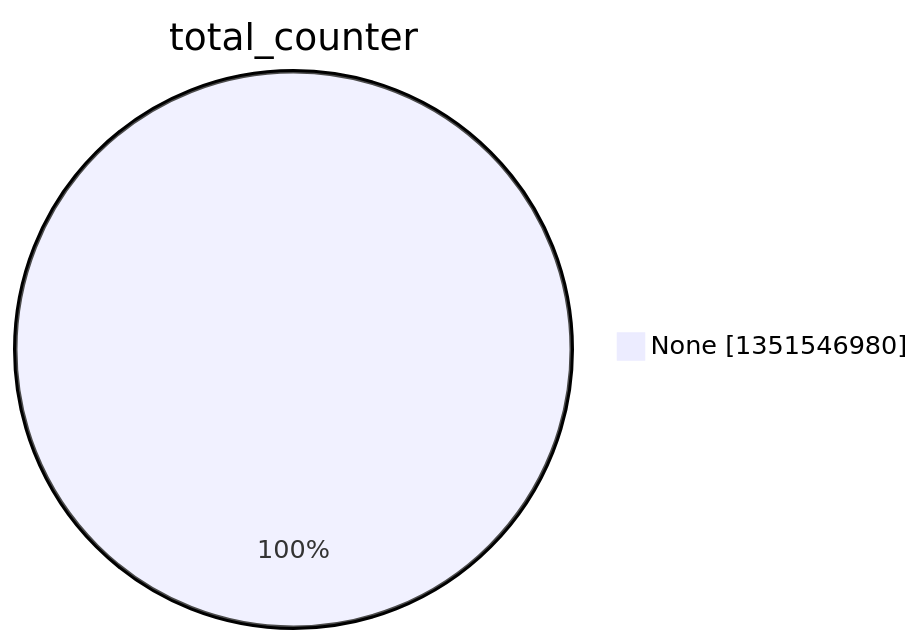
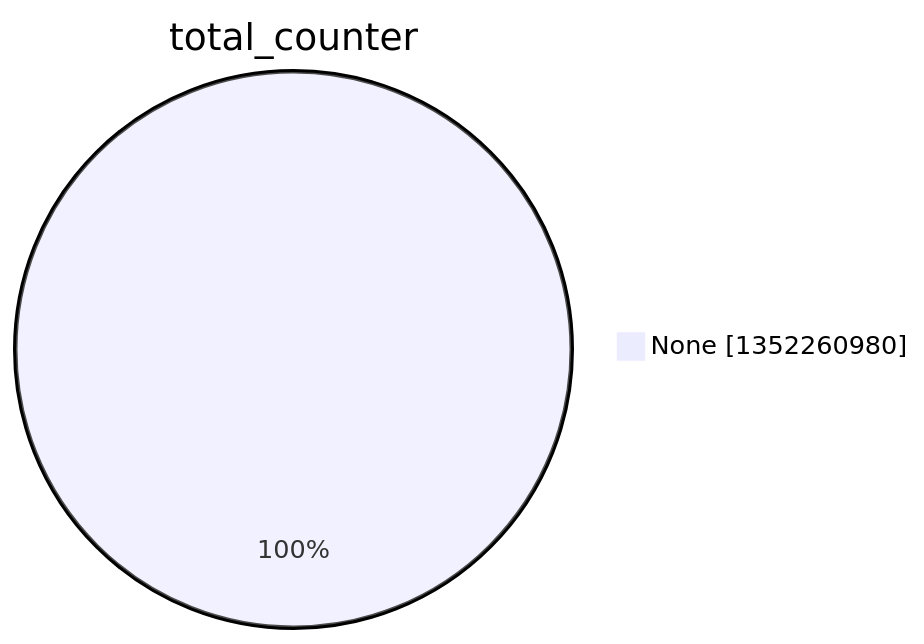
The second of 15 diagrams in argon2022/README.md (christiankrug/ctmonitor_visualization), drawn with Mermaid before and after one commit. The commit also changed other lines of this file, not shown here.

````diff
--- a/argon2022/README.md
+++ b/argon2022/README.md
@@ -9,5 +9,5 @@
 ```mermaid
 pie showData
 title total_counter
-"None" :1351546980
+"None" :1352260980
 ```
````
